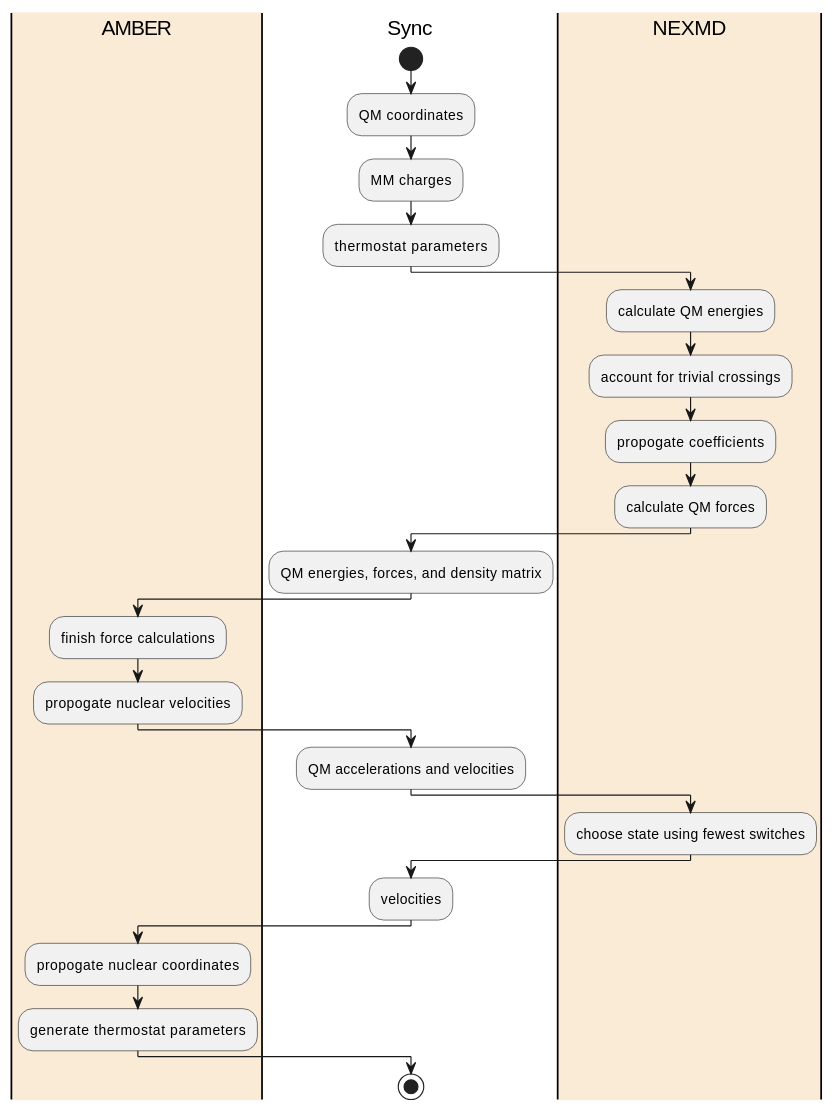
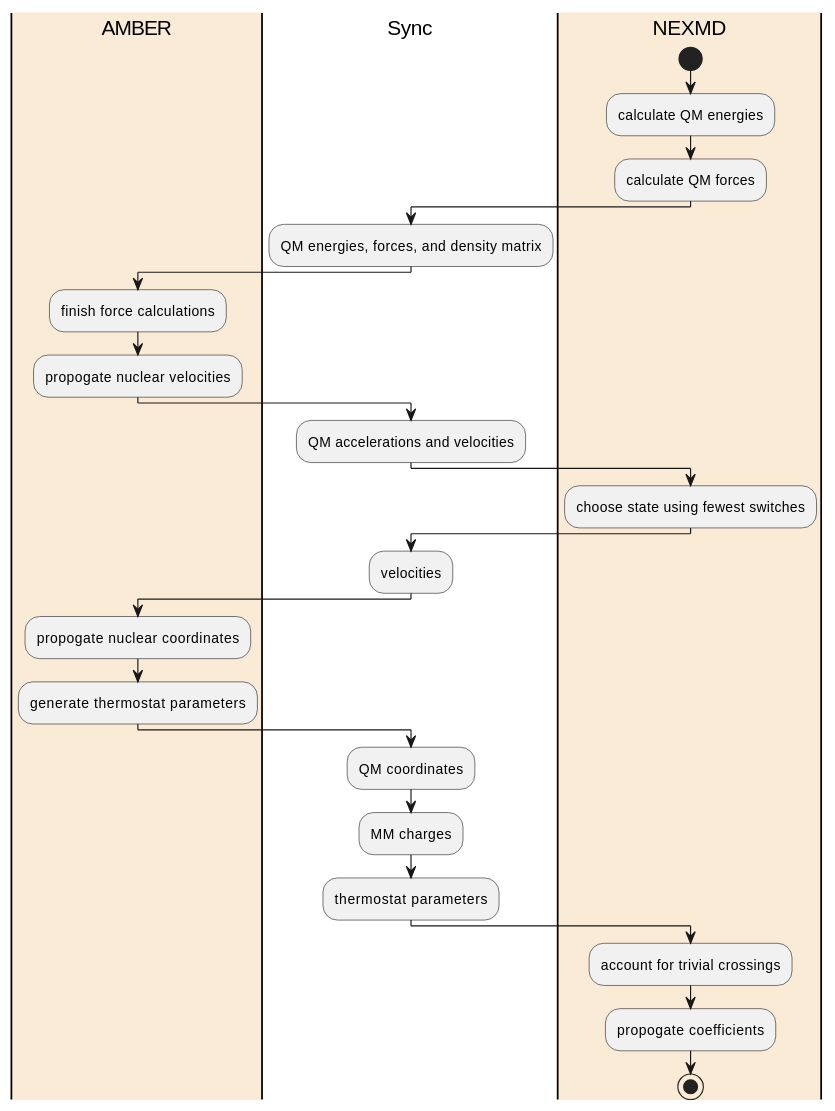
The diagram in Paper2/scripted_diagrams/nasqm_overview.org (PotentialParadox/potentialparadox.github.io), drawn with PlantUML before and after one commit. The commit also changed 5 other files, not shown here.

Commit message:
Going to update the time charts

```diff
--- a/Paper2/scripted_diagrams/nasqm_overview.org
+++ b/Paper2/scripted_diagrams/nasqm_overview.org
@@ -1,31 +1,32 @@
 #+BEGIN_SRC plantuml :file nasqm_overview.png
 @startuml
 |#AntiqueWhite|AMBER|
 |Sync|
+|#AntiqueWhite|NEXMD|
 start
-:QM coordinates;
-:MM charges;
-:thermostat parameters;
-|#AntiqueWhite|NEXMD|
 :calculate QM energies;
-:account for trivial crossings;
-:propogate coefficients;
 :calculate QM forces;
 |Sync|
 :QM energies, forces, and density matrix;
 |AMBER|
 :finish force calculations;
 :propogate nuclear velocities;
 |Sync|
 :QM accelerations and velocities;
 |NEXMD|
 :choose state using fewest switches;
 |Sync|
 :velocities;
 |AMBER|
 :propogate nuclear coordinates;
 :generate thermostat parameters;
 |Sync|
+:QM coordinates;
+:MM charges;
+:thermostat parameters;
+|NEXMD|
+:account for trivial crossings;
+:propogate coefficients;
 stop
 @endum
 #+end_src
```
